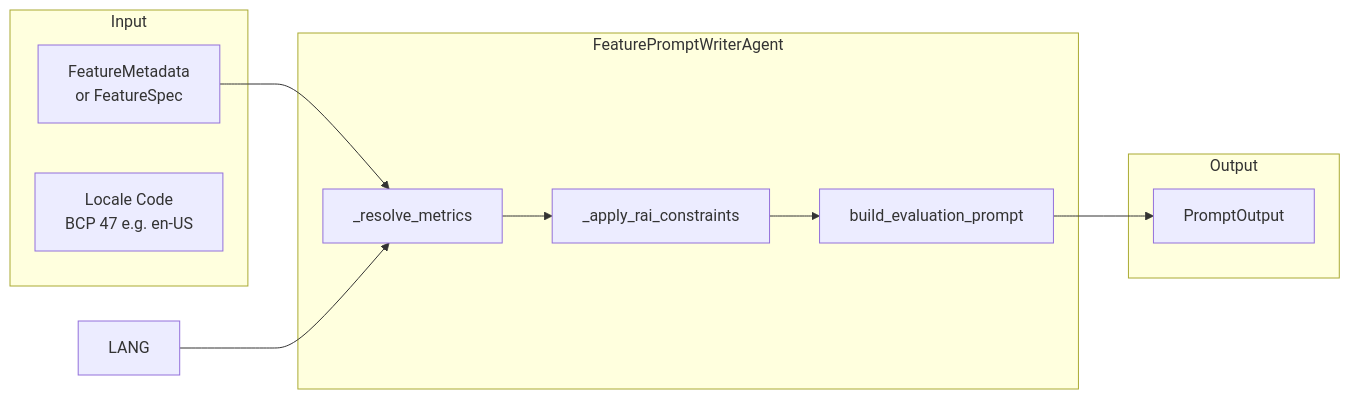
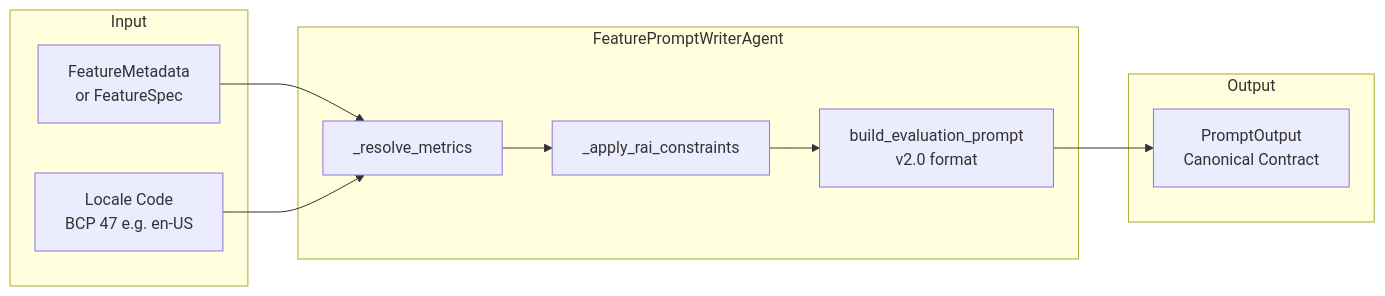
One commit to hshujuan/MetaFeature-Orchestrator changed the second of 13 diagrams in TechnicalDocs/ArchitectureOverview.md. Above: the diagram before and after it, drawn with Mermaid. The commit also changed other lines of this file and 8 other files, not shown here.

````diff
--- a/TechnicalDocs/ArchitectureOverview.md
+++ b/TechnicalDocs/ArchitectureOverview.md
@@ -148,23 +172,23 @@
 ```mermaid
 flowchart LR
     subgraph Input
         FM[FeatureMetadata<br/>or FeatureSpec]
         LOCALE[Locale Code<br/>BCP 47 e.g. en-US]
     end
     
     subgraph Agent["FeaturePromptWriterAgent"]
         RESOLVE[_resolve_metrics]
         RAI[_apply_rai_constraints]
-        BUILD[build_evaluation_prompt]
+        BUILD[build_evaluation_prompt<br/>v2.0 format]
     end
     
     subgraph Output
-        PO[PromptOutput]
+        PO[PromptOutput<br/>Canonical Contract]
     end
     
     FM --> RESOLVE
-    LANG --> RESOLVE
+    LOCALE --> RESOLVE
     RESOLVE --> RAI
     RAI --> BUILD
     BUILD --> PO
 ```
````
